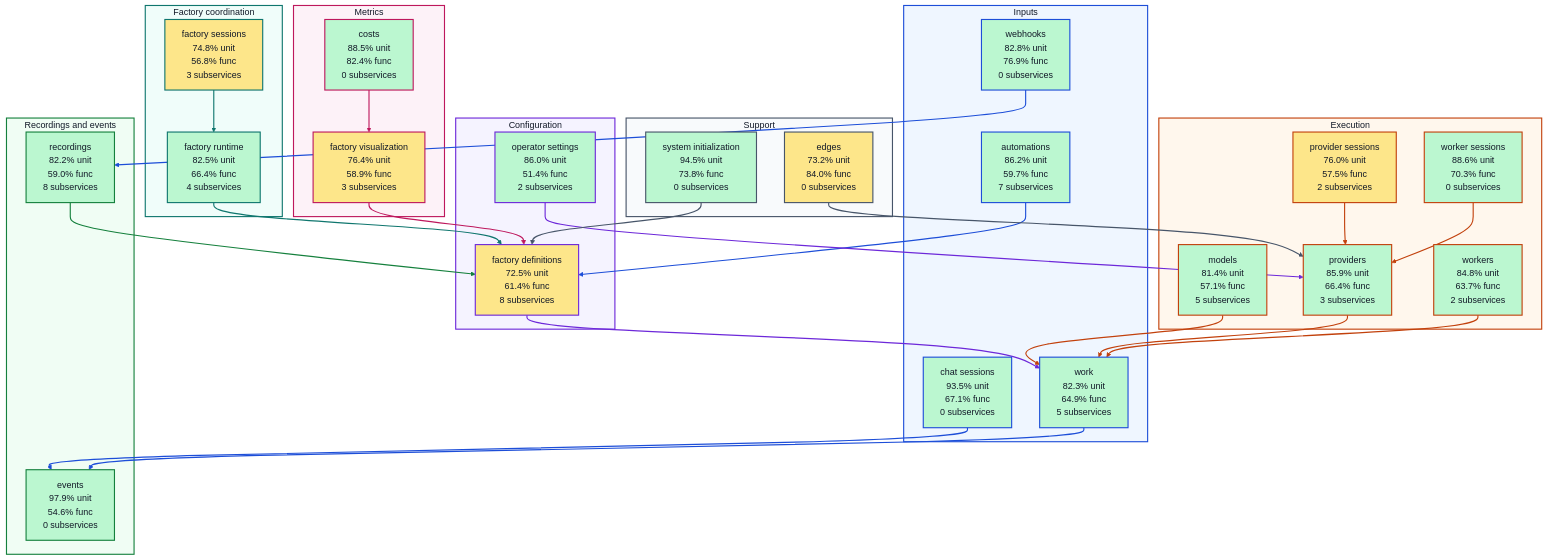
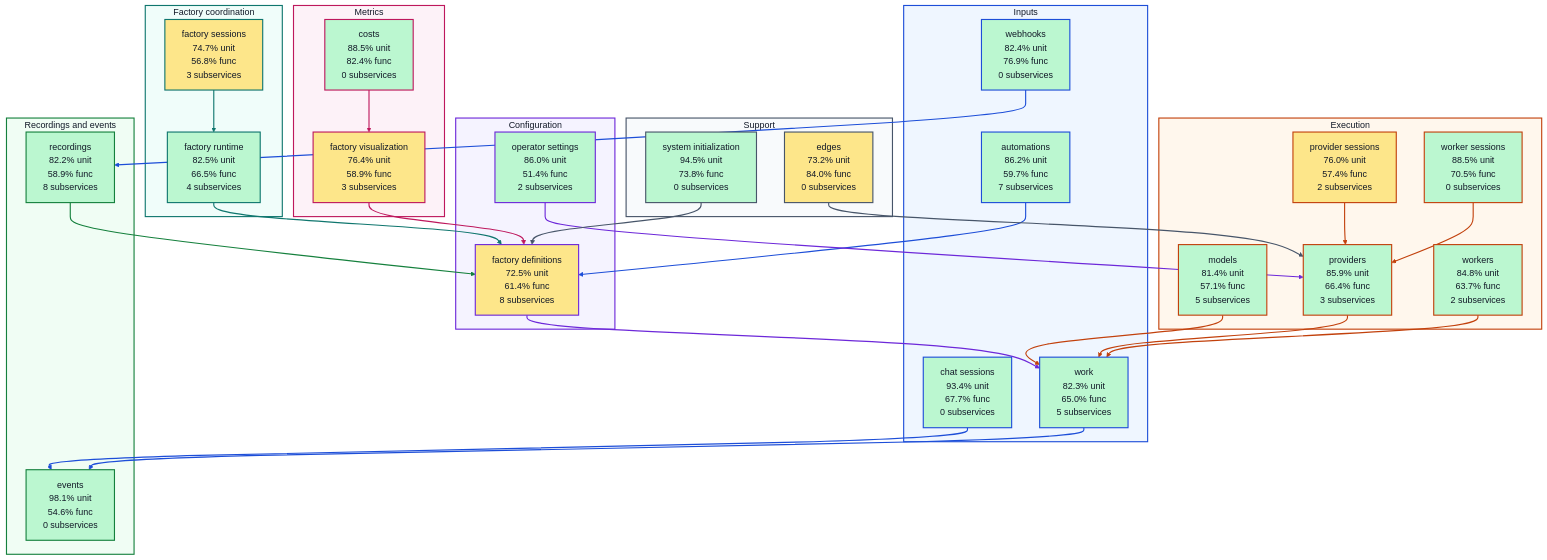
Before and after one commit to portpowered/you-agent-factory: the diagram in docs/architecture/visualizations/high-level-test-coverage.md, drawn with Mermaid (base theme). The commit also changed other lines of this file and 20 other files, not shown here.

Commit message:
docs: refresh backend architecture visualizations

```diff
--- a/docs/architecture/visualizations/high-level-test-coverage.md
+++ b/docs/architecture/visualizations/high-level-test-coverage.md
@@ -12,28 +12,28 @@
 flowchart TB
   subgraph input["Inputs"]
     s_services_automations["automations<br/>86.2% unit<br/>59.7% func<br/>7 subservices"]
-    s_services_chat_sessions["chat sessions<br/>93.5% unit<br/>67.1% func<br/>0 subservices"]
-    s_services_webhooks["webhooks<br/>82.8% unit<br/>76.9% func<br/>0 subservices"]
-    s_services_work["work<br/>82.3% unit<br/>64.9% func<br/>5 subservices"]
+    s_services_chat_sessions["chat sessions<br/>93.4% unit<br/>67.7% func<br/>0 subservices"]
+    s_services_webhooks["webhooks<br/>82.4% unit<br/>76.9% func<br/>0 subservices"]
+    s_services_work["work<br/>82.3% unit<br/>65.0% func<br/>5 subservices"]
   end
   subgraph configuration["Configuration"]
     s_services_factory_definitions["factory definitions<br/>72.5% unit<br/>61.4% func<br/>8 subservices"]
     s_services_operator_settings["operator settings<br/>86.0% unit<br/>51.4% func<br/>2 subservices"]
   end
   subgraph coordination["Factory coordination"]
-    s_services_factory_runtime["factory runtime<br/>82.5% unit<br/>66.4% func<br/>4 subservices"]
-    s_services_factory_sessions["factory sessions<br/>74.8% unit<br/>56.8% func<br/>3 subservices"]
+    s_services_factory_runtime["factory runtime<br/>82.5% unit<br/>66.5% func<br/>4 subservices"]
+    s_services_factory_sessions["factory sessions<br/>74.7% unit<br/>56.8% func<br/>3 subservices"]
   end
   subgraph execution["Execution"]
     s_services_models["models<br/>81.4% unit<br/>57.1% func<br/>5 subservices"]
-    s_services_provider_sessions["provider sessions<br/>76.0% unit<br/>57.5% func<br/>2 subservices"]
+    s_services_provider_sessions["provider sessions<br/>76.0% unit<br/>57.4% func<br/>2 subservices"]
     s_services_providers["providers<br/>85.9% unit<br/>66.4% func<br/>3 subservices"]
-    s_services_worker_sessions["worker sessions<br/>88.6% unit<br/>70.3% func<br/>0 subservices"]
+    s_services_worker_sessions["worker sessions<br/>88.5% unit<br/>70.5% func<br/>0 subservices"]
     s_services_workers["workers<br/>84.8% unit<br/>63.7% func<br/>2 subservices"]
   end
   subgraph recordings["Recordings and events"]
-    s_services_events["events<br/>97.9% unit<br/>54.6% func<br/>0 subservices"]
-    s_services_recordings["recordings<br/>82.2% unit<br/>59.0% func<br/>8 subservices"]
+    s_services_events["events<br/>98.1% unit<br/>54.6% func<br/>0 subservices"]
+    s_services_recordings["recordings<br/>82.2% unit<br/>58.9% func<br/>8 subservices"]
   end
   subgraph metrics["Metrics"]
     s_services_costs["costs<br/>88.5% unit<br/>82.4% func<br/>0 subservices"]
```
